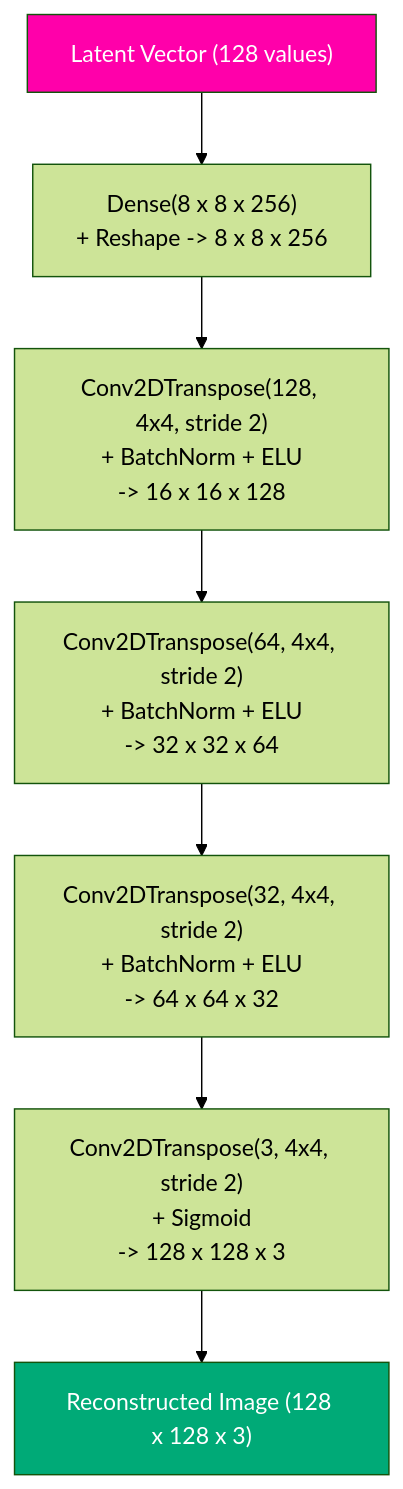
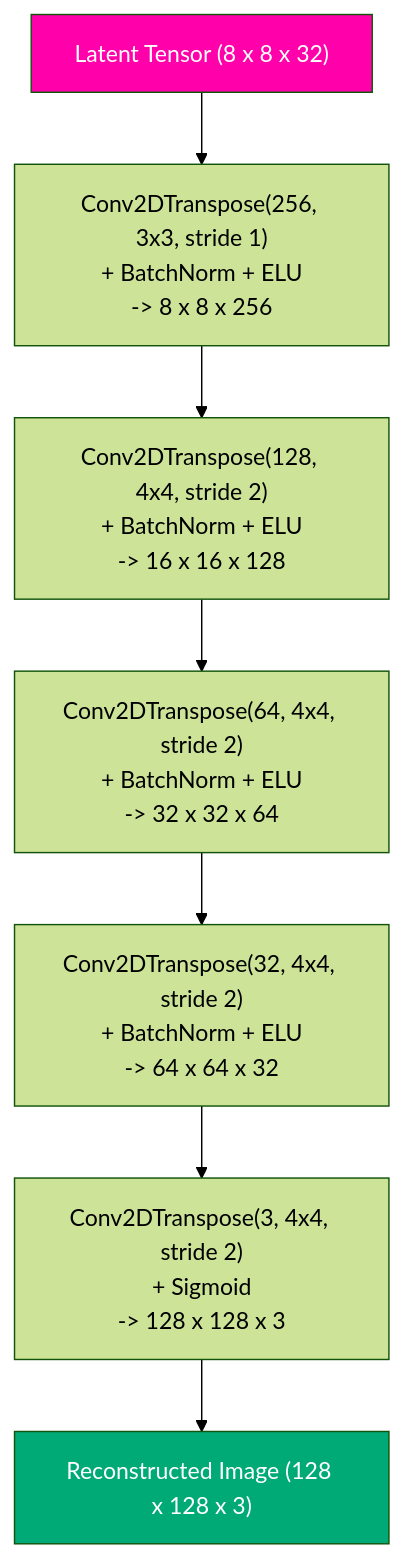
Before and after one commit to foersben/industrial-component-anomaly-detection: the second of 4 diagrams in docs/data_science/keras_cae_model.md, drawn with Mermaid (forest theme). The commit also changed other lines of this file and 26 other files, not shown here.

````diff
--- a/docs/data_science/keras_cae_model.md
+++ b/docs/data_science/keras_cae_model.md
@@ -65,11 +75,11 @@
 ```mermaid
 graph TD
-    LAT["Latent Vector (128 values)"] --> D0["Dense(8 x 8 x 256)\n+ Reshape -> 8 x 8 x 256"]
+    LAT["Latent Tensor (8 x 8 x 32)"] --> D0["Conv2DTranspose(256, 3x3, stride 1)\n+ BatchNorm + ELU\n-> 8 x 8 x 256"]
     D0 --> CT1["Conv2DTranspose(128, 4x4, stride 2)\n+ BatchNorm + ELU\n-> 16 x 16 x 128"]
     CT1 --> CT2["Conv2DTranspose(64, 4x4, stride 2)\n+ BatchNorm + ELU\n-> 32 x 32 x 64"]
     CT2 --> CT3["Conv2DTranspose(32, 4x4, stride 2)\n+ BatchNorm + ELU\n-> 64 x 64 x 32"]
     CT3 --> CT4["Conv2DTranspose(3, 4x4, stride 2)\n+ Sigmoid\n-> 128 x 128 x 3"]
     CT4 --> OUT["Reconstructed Image (128 x 128 x 3)"]
     style LAT fill:#f0a,color:#fff
     style OUT fill:#0a7,color:#fff
 ```
````
